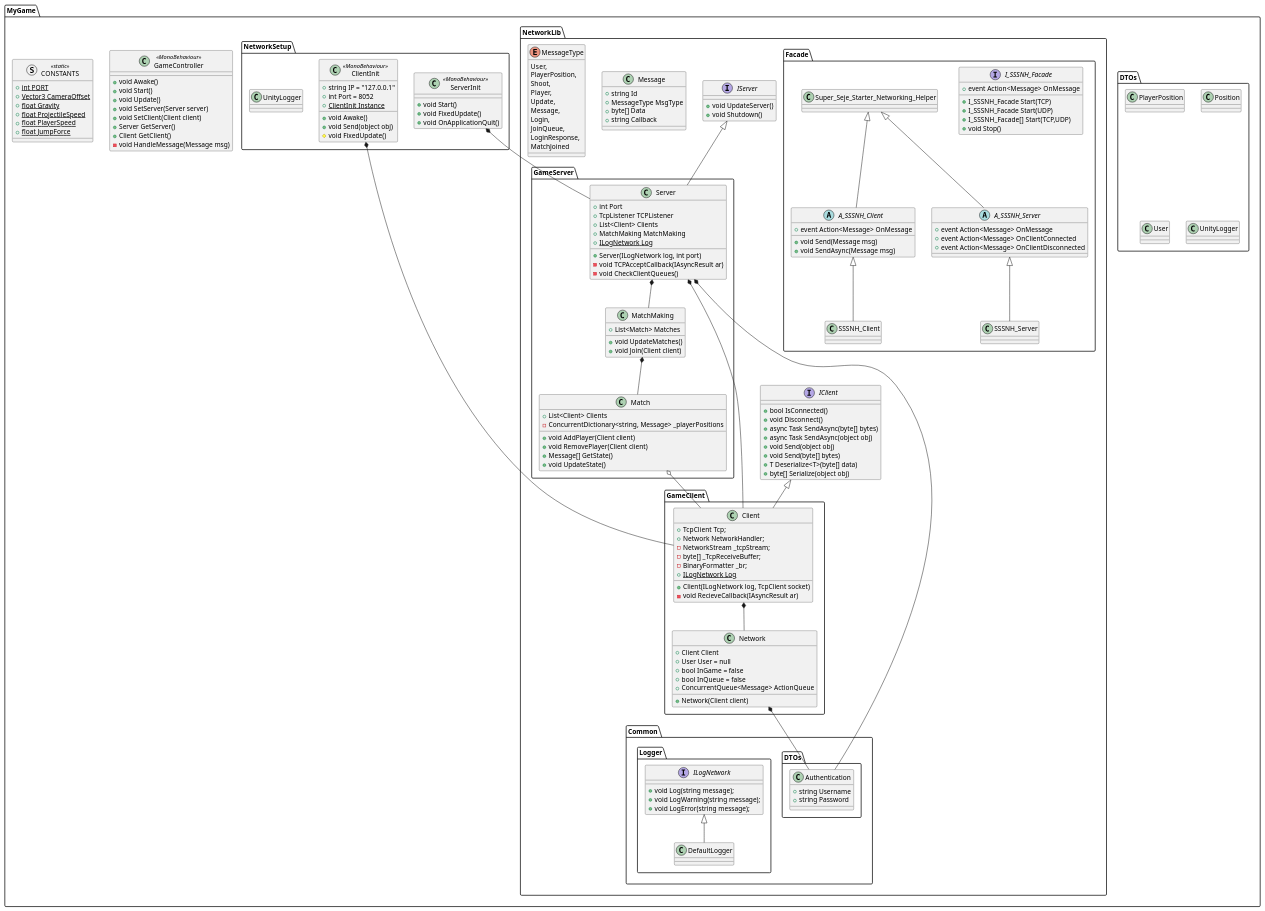
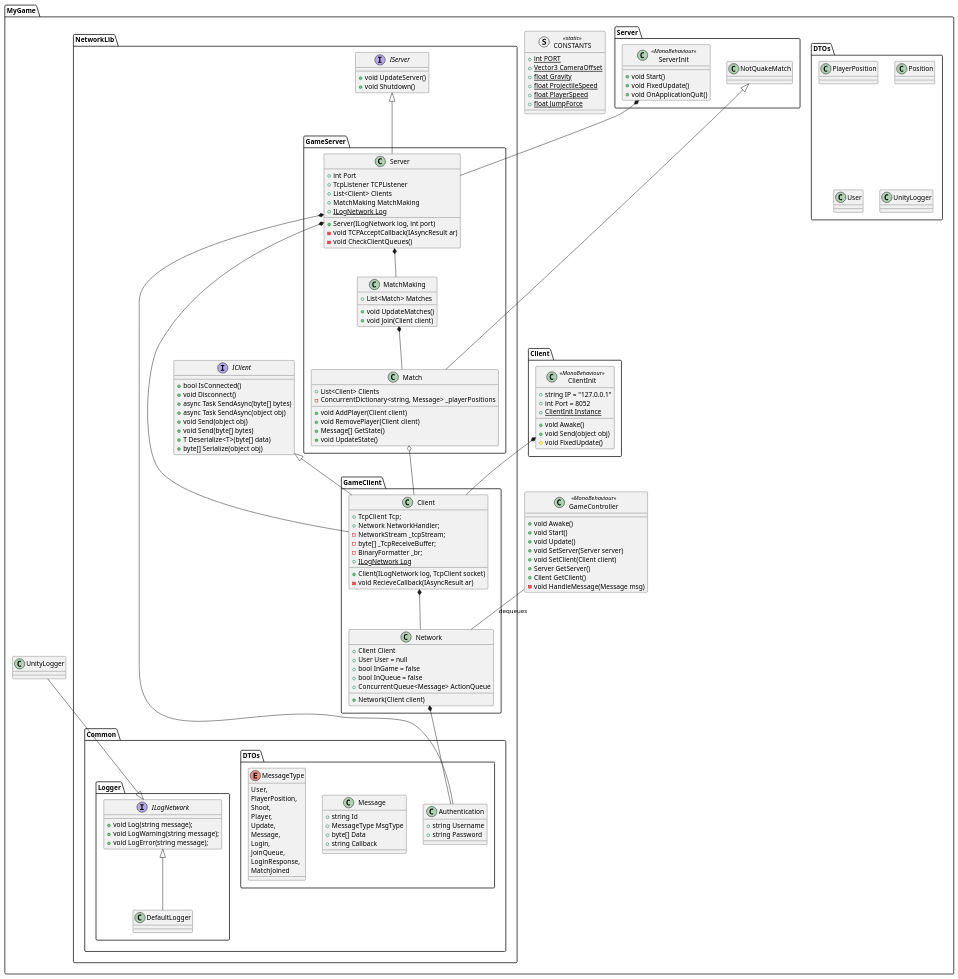
Before and after one commit to mjesper90/Network: the diagram in Assets/Docs/Network.puml, drawn with PlantUML.

Commit message:
design cleanup

```diff
--- a/Assets/Docs/Network.puml
+++ b/Assets/Docs/Network.puml
@@ -20,48 +20,29 @@
     }
 
     namespace NetworkLib{
-        namespace Facade{
-            interface I_SSSNH_Facade{
-                + event Action<Message> OnMessage
-                + I_SSSNH_Facade Start(TCP)
-                + I_SSSNH_Facade Start(UDP)
-                + I_SSSNH_Facade[] Start(TCP,UDP)
-                + void Stop()
-            }
-
-            abstract class A_SSSNH_Client
-            {
-                + event Action<Message> OnMessage
-                + void Send(Message msg)
-                + void SendAsync(Message msg)
-            }
-
-            class SSSNH_Client{
-
-            }
-
-            abstract class A_SSSNH_Server
-            {
-                + event Action<Message> OnMessage
-                + event Action<Message> OnClientConnected
-                + event Action<Message> OnClientDisconnected
-            }
-
-            class SSSNH_Server{
-
-            }
-
-            Super_Seje_Starter_Networking_Helper <|-- A_SSSNH_Client
-            Super_Seje_Starter_Networking_Helper <|-- A_SSSNH_Server
-            A_SSSNH_Client <|-- SSSNH_Client
-            A_SSSNH_Server <|-- SSSNH_Server
-        }
-
         namespace Common{
             namespace DTOs{
                 class Authentication{
                     + string Username
                     + string Password
+                }
+                class Message{
+                    + string Id
+                    + MessageType MsgType
+                    + byte[] Data
+                    + string Callback
+                }
+                enum MessageType{
+                    User,
+                    PlayerPosition,
+                    Shoot,
+                    Player,
+                    Update,
+                    Message,
+                    Login,
+                    JoinQueue,
+                    LoginResponse,
+                    MatchJoined
                 }
             }
             namespace Logger{
@@ -136,24 +117,7 @@
                 + void Join(Client client)
             }
         }
-        class Message{
-            + string Id
-            + MessageType MsgType
-            + byte[] Data
-            + string Callback
-        }
-        enum MessageType{
-            User,
-            PlayerPosition,
-            Shoot,
-            Player,
-            Update,
-            Message,
-            Login,
-            JoinQueue,
-            LoginResponse,
-            MatchJoined
-        }
+
     }
 
     struct CONSTANTS <<static>> {
@@ -165,8 +129,7 @@
         + {static} float JumpForce
     }
 
-    namespace NetworkSetup{
-
+    namespace Client{
         class ClientInit <<MonoBehaviour>>{
             + string IP = "127.0.0.1"
             + int Port = 8052
@@ -175,31 +138,41 @@
             + void Send(object obj)
             # void FixedUpdate()
         }
+    }
+    namespace Server{
         class ServerInit <<MonoBehaviour>>{
             + void Start()
             + void FixedUpdate()
             + void OnApplicationQuit()
         }
-        class UnityLogger{}
+        class NotQuakeMatch{
+
+        }
     }
+    class UnityLogger{}
+
 }
 
 
 MyGame::NetworkLib::GameClient::Client *-- MyGame::NetworkLib::GameClient::Network
 
-MyGame::NetworkSetup::ClientInit *-- MyGame::NetworkLib::GameClient::Client
-MyGame::NetworkSetup::ServerInit *-- MyGame::NetworkLib::GameServer::Server
-
 MyGame::NetworkLib::GameServer::Server *-- MyGame::NetworkLib::GameServer::MatchMaking
 MyGame::NetworkLib::GameServer::Server *-- MyGame::NetworkLib::GameClient::Client
 MyGame::NetworkLib::GameServer::MatchMaking *-- MyGame::NetworkLib::GameServer::Match
 MyGame::NetworkLib::GameServer::Match o-- MyGame::NetworkLib::GameClient::Client
-
 MyGame::NetworkLib::IClient <|-- MyGame::NetworkLib::GameClient::Client
 MyGame::NetworkLib::IServer <|-- MyGame::NetworkLib::GameServer::Server
 
 MyGame::NetworkLib::GameServer::Server *-- MyGame::NetworkLib::Common::DTOs::Authentication
 MyGame::NetworkLib::GameClient::Network *-- MyGame::NetworkLib::Common::DTOs::Authentication
 
+MyGame::UnityLogger --|> MyGame::NetworkLib::Common::Logger::ILogNetwork
+
+MyGame::Client::ClientInit *-- MyGame::NetworkLib::GameClient::Client
+MyGame::Server::ServerInit *-- MyGame::NetworkLib::GameServer::Server
+MyGame::Server::NotQuakeMatch <|-- MyGame::NetworkLib::GameServer::Match
+
+MyGame::GameController -- MyGame::NetworkLib::GameClient::Network : "dequeues"
+
 
 @enduml
```
